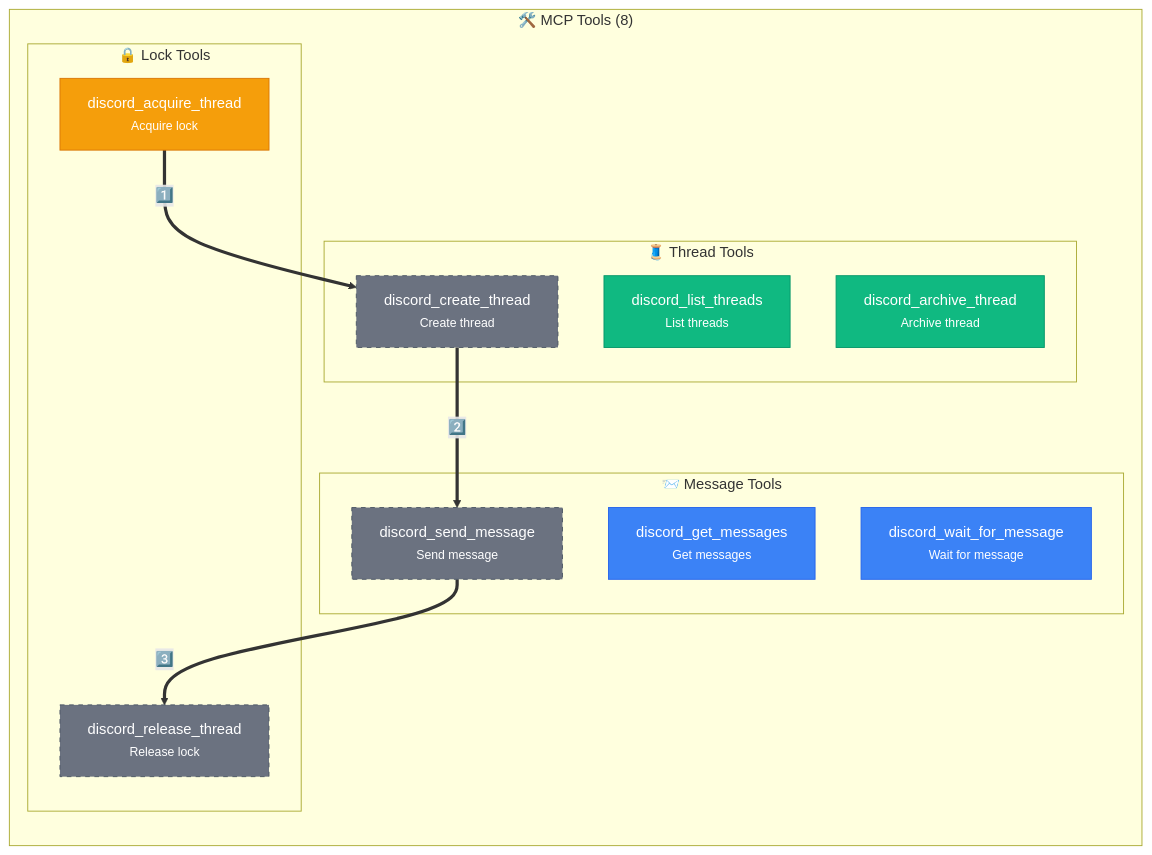
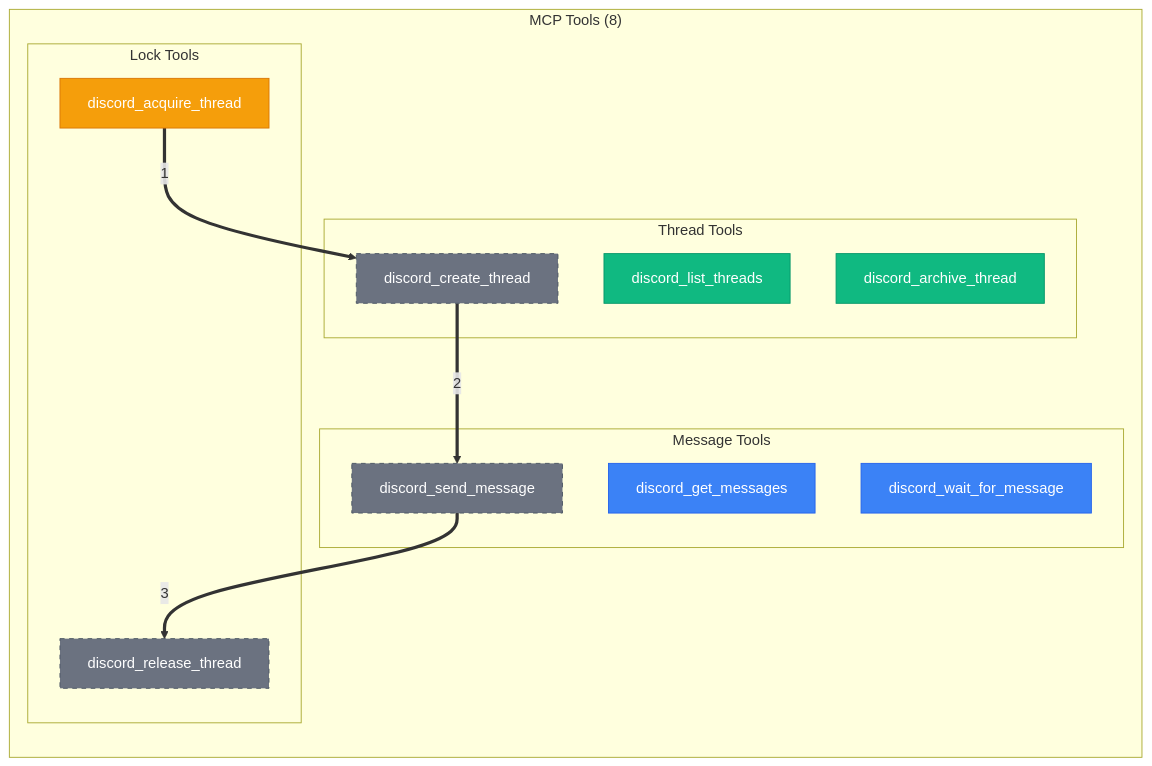
The sixth of 8 diagrams in content/en/post/2026-03-01-013-discord-gateway-mcp-architecture-design.md (yarang/blogs), drawn with Mermaid before and after one commit. The commit also changed other lines of this file and 1 other file, not shown here.

First line of the commit message:
Fix Mermaid parsing errors for web rendering

````diff
--- a/content/en/post/2026-03-01-013-discord-gateway-mcp-architecture-design.md
+++ b/content/en/post/2026-03-01-013-discord-gateway-mcp-architecture-design.md
@@ -346,33 +330,32 @@
 ```mermaid
 flowchart TB
-    %% Style definitions
     classDef message fill:#3B82F6,stroke:#2563EB,color:#fff
     classDef thread fill:#10B981,stroke:#059669,color:#fff
     classDef lock fill:#F59E0B,stroke:#D97706,color:#fff
     classDef flow fill:#6B7280,stroke:#4B5563,color:#fff,stroke-dasharray: 5 5
 
-    subgraph Tools["🛠️ MCP Tools (8)"]
+    subgraph Tools["MCP Tools (8)"]
         direction TB
 
-        subgraph Message["📨 Message Tools"]
-            Send["discord_send_message<br/><small>Send message</small>"]:::message
-            Get["discord_get_messages<br/><small>Get messages</small>"]:::message
-            Wait["discord_wait_for_message<br/><small>Wait for message</small>"]:::message
+        subgraph Message["Message Tools"]
+            Send["discord_send_message"]:::message
+            Get["discord_get_messages"]:::message
+            Wait["discord_wait_for_message"]:::message
         end
 
-        subgraph Thread["🧵 Thread Tools"]
-            Create["discord_create_thread<br/><small>Create thread</small>"]:::thread
-            List["discord_list_threads<br/><small>List threads</small>"]:::thread
-            Archive["discord_archive_thread<br/><small>Archive thread</small>"]:::thread
+        subgraph Thread["Thread Tools"]
+            Create["discord_create_thread"]:::thread
+            List["discord_list_threads"]:::thread
+            Archive["discord_archive_thread"]:::thread
         end
 
-        subgraph Lock["🔒 Lock Tools"]
-            Acquire["discord_acquire_thread<br/><small>Acquire lock</small>"]:::lock
-            Release["discord_release_thread<br/><small>Release lock</small>"]:::lock
+        subgraph Lock["Lock Tools"]
+            Acquire["discord_acquire_thread"]:::lock
+            Release["discord_release_thread"]:::lock
         end
     end
 
-    Acquire ==>|"1️⃣"| Create:::flow
-    Create ==>|"2️⃣"| Send:::flow
-    Send ==>|"3️⃣"| Release:::flow
+    Acquire ==>|"1"| Create:::flow
+    Create ==>|"2"| Send:::flow
+    Send ==>|"3"| Release:::flow
 ```
````
